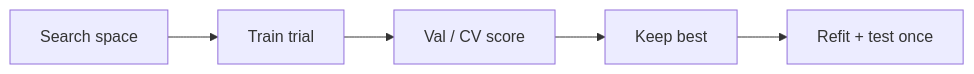
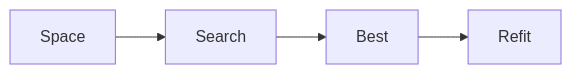
One commit to abdulsamad183/ai-engineering-playbook changed the diagram in domains/machine-learning/model-optimization/01-hyperparameter-tuning.md. Above: the diagram before and after it, drawn with Mermaid. The commit also changed other lines of this file and 203 other files, not shown here.

````diff
--- a/domains/machine-learning/model-optimization/01-hyperparameter-tuning.md
+++ b/domains/machine-learning/model-optimization/01-hyperparameter-tuning.md
@@ -22,7 +91,4 @@
 ```mermaid
 flowchart LR
-  Space[Search space] --> Trial[Train trial]
-  Trial --> Score[Val / CV score]
-  Score --> Best[Keep best]
-  Best --> Final[Refit + test once]
+  Space --> Search --> Best --> Refit
 ```
````
